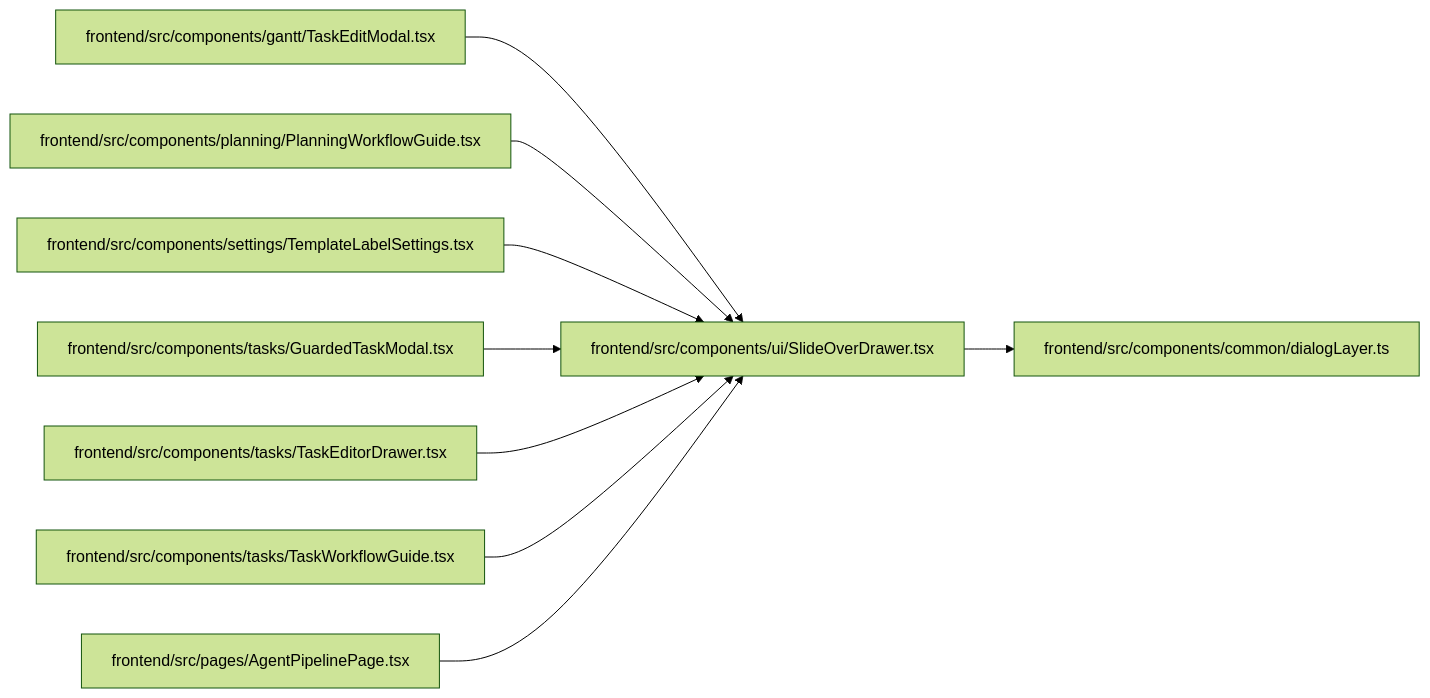
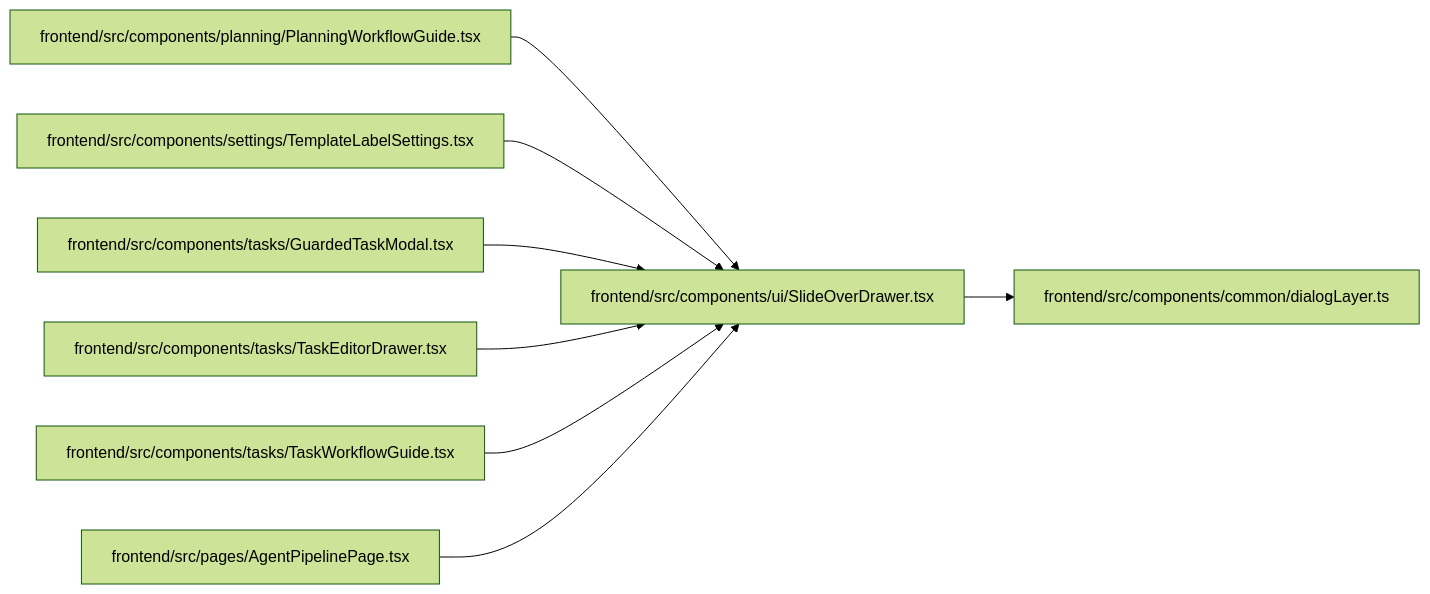
Before and after one commit to Denissvgn/WorkChord: the diagram in docs/llm_wiki/modules/SlideOverDrawer.md, drawn with Mermaid (forest theme). The commit also changed other lines of this file and 729 other files, not shown here.

````diff
--- a/docs/llm_wiki/modules/SlideOverDrawer.md
+++ b/docs/llm_wiki/modules/SlideOverDrawer.md
@@ -30,29 +30,26 @@
 ```mermaid
 flowchart LR
     n0["frontend/src/components/common/dialogLayer.ts"]
-    n1["frontend/src/components/gantt/TaskEditModal.tsx"]
-    n2["frontend/src/components/planning/PlanningWorkflowGuide.tsx"]
-    n3["frontend/src/components/settings/TemplateLabelSettings.tsx"]
-    n4["frontend/src/components/tasks/GuardedTaskModal.tsx"]
-    n5["frontend/src/components/tasks/TaskEditorDrawer.tsx"]
-    n6["frontend/src/components/tasks/TaskWorkflowGuide.tsx"]
-    n7["frontend/src/components/ui/SlideOverDrawer.tsx"]
-    n8["frontend/src/pages/AgentPipelinePage.tsx"]
-    n1 --> n7
-    n2 --> n7
-    n3 --> n7
-    n4 --> n7
-    n5 --> n7
-    n6 --> n7
-    n7 --> n0
-    n8 --> n7
+    n1["frontend/src/components/planning/PlanningWorkflowGuide.tsx"]
+    n2["frontend/src/components/settings/TemplateLabelSettings.tsx"]
+    n3["frontend/src/components/tasks/GuardedTaskModal.tsx"]
+    n4["frontend/src/components/tasks/TaskEditorDrawer.tsx"]
+    n5["frontend/src/components/tasks/TaskWorkflowGuide.tsx"]
+    n6["frontend/src/components/ui/SlideOverDrawer.tsx"]
+    n7["frontend/src/pages/AgentPipelinePage.tsx"]
+    n1 --> n6
+    n2 --> n6
+    n3 --> n6
+    n4 --> n6
+    n5 --> n6
+    n6 --> n0
+    n7 --> n6
     click n0 "../modules/dialogLayer.md"
-    click n1 "../modules/TaskEditModal.md"
-    click n2 "../modules/PlanningWorkflowGuide.md"
-    click n3 "../modules/TemplateLabelSettings.md"
-    click n4 "../modules/GuardedTaskModal.md"
-    click n5 "../modules/TaskEditorDrawer.md"
-    click n6 "../modules/TaskWorkflowGuide.md"
-    click n7 "../modules/SlideOverDrawer.md"
-    click n8 "../modules/AgentPipelinePage.md"
+    click n1 "../modules/PlanningWorkflowGuide.md"
+    click n2 "../modules/TemplateLabelSettings.md"
+    click n3 "../modules/GuardedTaskModal.md"
+    click n4 "../modules/TaskEditorDrawer.md"
+    click n5 "../modules/TaskWorkflowGuide.md"
+    click n6 "../modules/SlideOverDrawer.md"
+    click n7 "../modules/AgentPipelinePage.md"
 ```
````
